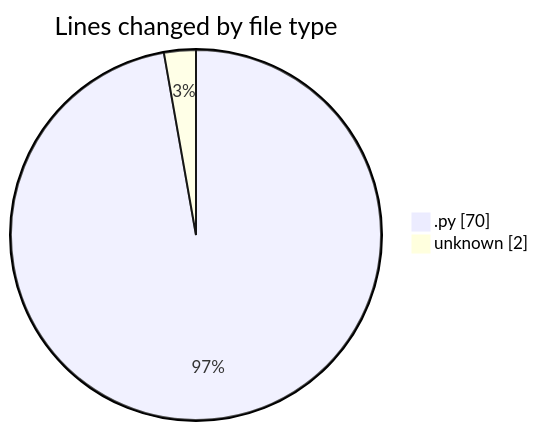
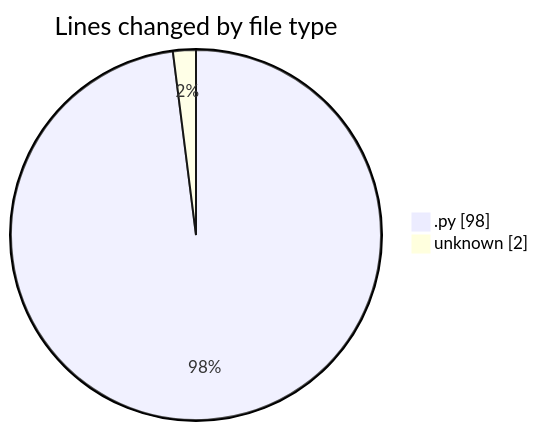
One commit to CELIANVF/code-tracking changed the first of 2 diagrams in 2025-01-21/monteur_automatique/README.md. Above: the diagram before and after it, drawn with Mermaid. The commit also changed other lines of this file and 1 other file, not shown here.

````diff
--- a/2025-01-21/monteur_automatique/README.md
+++ b/2025-01-21/monteur_automatique/README.md
@@ -23,6 +23,6 @@
 ```mermaid
 pie showData
 title Lines changed by file type
-".py" : 70
+".py" : 98
 "unknown" : 2
 ```
````
